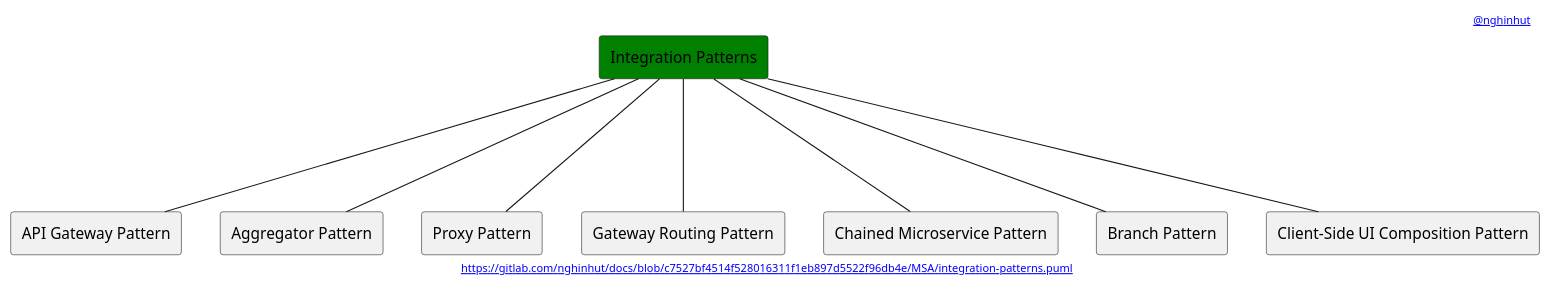
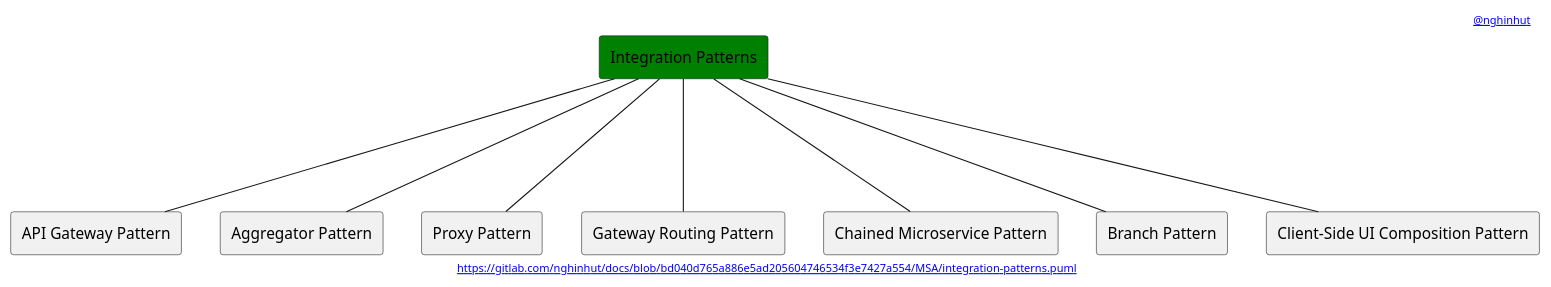
One commit to nghinhut/docs changed the diagram in MSA/integration-patterns.puml. Above: the diagram before and after it, drawn with PlantUML. The commit also changed 18 other files, not shown here.

Commit message:
Update diagrams

```diff
--- a/MSA/integration-patterns.puml
+++ b/MSA/integration-patterns.puml
@@ -1,24 +1,24 @@
 @startuml
 '-----START auto generated metadata please keep comment here to allow auto update-----
 '-----DON'T EDIT THIS SECTION, INSTEAD RE-RUN prebuild.sh TO UPDATE-----
-header [[mailto:nghinhut@gmail.com @nghinhut]]
-footer [[http://www.plantuml.com/plantuml/proxy?fmt=svg&src=https://gitlab.com/nghinhut/docs/raw/c7527bf4514f528016311f1eb897d5522f96db4e/MSA/integration-patterns.puml https://gitlab.com/nghinhut/docs/blob/c7527bf4514f528016311f1eb897d5522f96db4e/MSA/integration-patterns.puml]]
+header [[www.nghinhut.dev?from=http://www.plantuml.com/plantuml/proxy?fmt=svg&src=https://gitlab.com/nghinhut/docs/raw/bd040d765a886e5ad205604746534f3e7427a554/MSA/integration-patterns.puml @nghinhut]]
+footer [[http://www.plantuml.com/plantuml/proxy?fmt=svg&src=https://gitlab.com/nghinhut/docs/raw/bd040d765a886e5ad205604746534f3e7427a554/MSA/integration-patterns.puml https://gitlab.com/nghinhut/docs/blob/bd040d765a886e5ad205604746534f3e7427a554/MSA/integration-patterns.puml]]
 '-----END auto generated metadata please keep comment here to allow auto update-----
 
 rectangle "Integration Patterns" as Integration #green
 
 rectangle "API Gateway Pattern" as IntegrationP1
 rectangle "Aggregator Pattern" as IntegrationP2
 rectangle "Proxy Pattern" as IntegrationP3
 rectangle "Gateway Routing Pattern" as IntegrationP4
 rectangle "Chained Microservice Pattern" as IntegrationP5
 rectangle "Branch Pattern" as IntegrationP6
 rectangle "Client-Side UI Composition Pattern" as IntegrationP7
 Integration --- IntegrationP1
 Integration --- IntegrationP2
 Integration --- IntegrationP3
 Integration --- IntegrationP4
 Integration --- IntegrationP5
 Integration --- IntegrationP6
 Integration --- IntegrationP7
 @enduml
```
